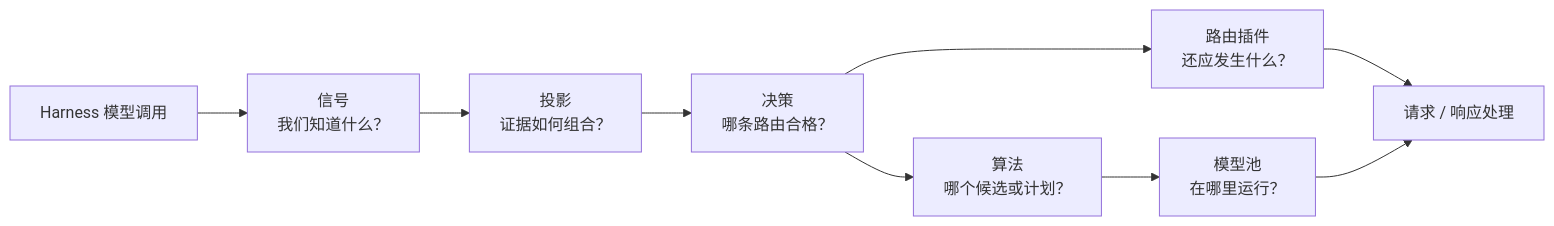
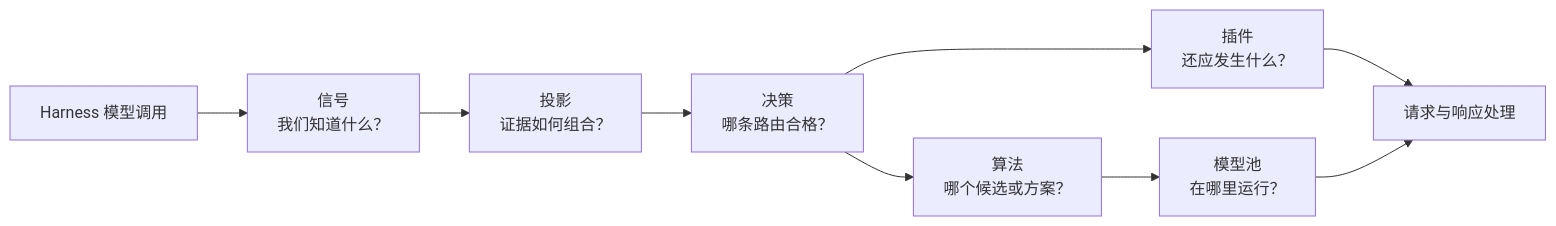
The diagram in website/i18n/zh-Hans/docusaurus-plugin-content-docs/current/overview/signal-driven-decisions.md (vllm-project/semantic-router), drawn with Mermaid before and after one commit. The commit also changed other lines of this file and 11 other files, not shown here.

````diff
--- a/website/i18n/zh-Hans/docusaurus-plugin-content-docs/current/overview/signal-driven-decisions.md
+++ b/website/i18n/zh-Hans/docusaurus-plugin-content-docs/current/overview/signal-driven-decisions.md
@@ -16,11 +22,11 @@
 ```mermaid
 flowchart LR
     Request["Harness 模型调用"] --> Signals["信号<br/>我们知道什么？"]
     Signals --> Projections["投影<br/>证据如何组合？"]
     Projections --> Decisions["决策<br/>哪条路由合格？"]
-    Decisions --> Algorithms["算法<br/>哪个候选或计划？"]
+    Decisions --> Algorithms["算法<br/>哪个候选或方案？"]
     Algorithms --> Pool["模型池<br/>在哪里运行？"]
-    Decisions --> Plugins["路由插件<br/>还应发生什么？"]
-    Plugins --> Response["请求 / 响应处理"]
+    Decisions --> Plugins["插件<br/>还应发生什么？"]
+    Plugins --> Response["请求与响应处理"]
     Pool --> Response
 ```
````
